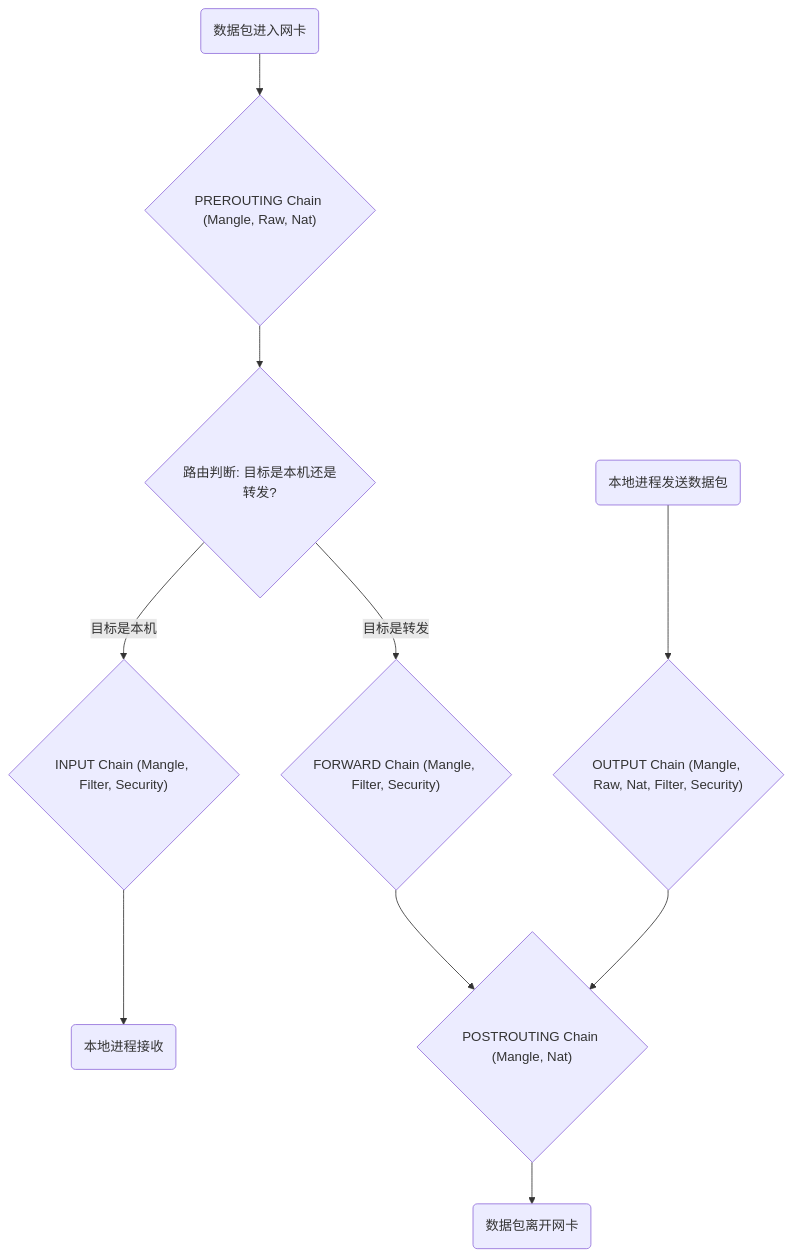
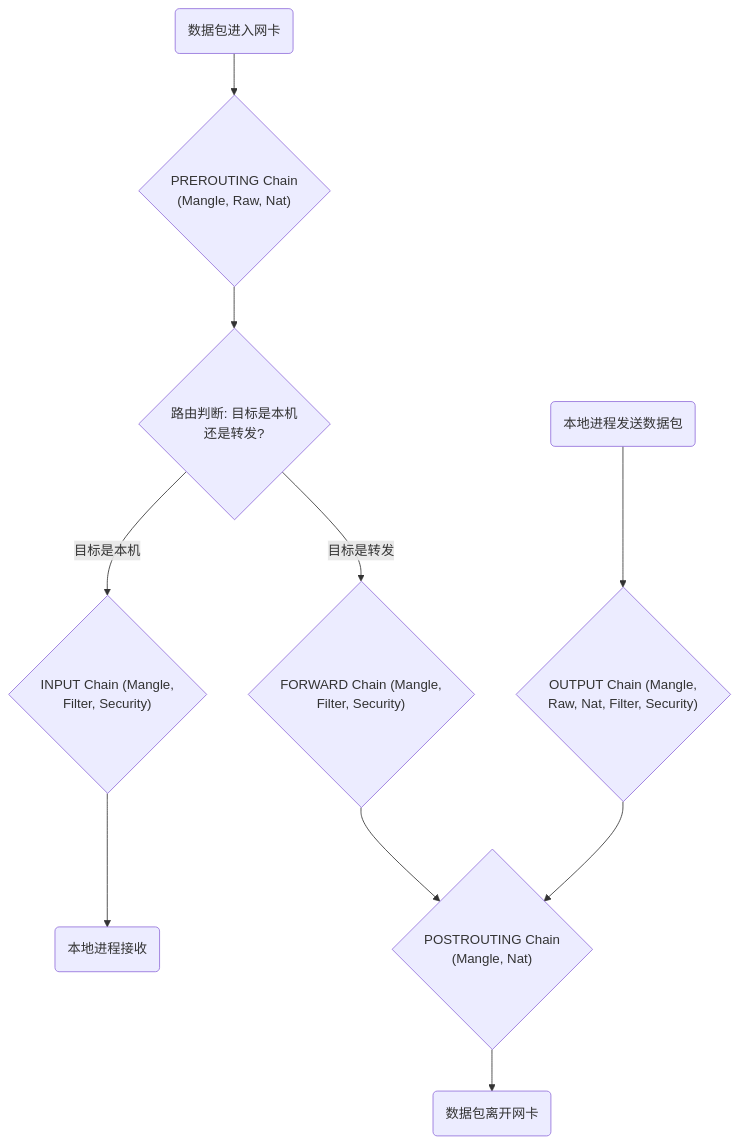
Before and after one commit to teatang/t-blog: the second of 2 diagrams in source/_posts/2025/2025-10-25_iptables 详解.md, drawn with Mermaid. The commit also changed other lines of this file and 178 other files, not shown here.

```diff
--- a/source/_posts/2025/2025-10-25_iptables 详解.md
+++ b/source/_posts/2025/2025-10-25_iptables 详解.md
@@ -117,12 +117,12 @@
 {% mermaid %}
 graph TD
-    A(数据包进入网卡) --> B{"PREROUTING Chain (Mangle, Raw, Nat)"}
-    B --> C{路由判断: 目标是本机还是转发?}
-    C -- 目标是本机 --> D{"INPUT Chain (Mangle, Filter, Security)"}
+    A(数据包进入网卡) --> B{"PREROUTING Chain <br>(Mangle, Raw, Nat)"}
+    B --> C{路由判断: 目标是本机<br>还是转发?}
+    C -- 目标是本机 --> D{"INPUT Chain (Mangle, <br>Filter, Security)"}
     D --> E(本地进程接收)
-    C -- 目标是转发 --> F{"FORWARD Chain (Mangle, Filter, Security)"}
-    F --> G{"POSTROUTING Chain (Mangle, Nat)"}
+    C -- 目标是转发 --> F{"FORWARD Chain (Mangle, <br>Filter, Security)"}
+    F --> G{"POSTROUTING Chain <br>(Mangle, Nat)"}
     G --> H(数据包离开网卡)
-    I(本地进程发送数据包) --> J{"OUTPUT Chain (Mangle, Raw, Nat, Filter, Security)"}
+    I(本地进程发送数据包) --> J{"OUTPUT Chain (Mangle, <br>Raw, Nat, Filter, Security)"}
     J --> G
 {% endmermaid %}
```
